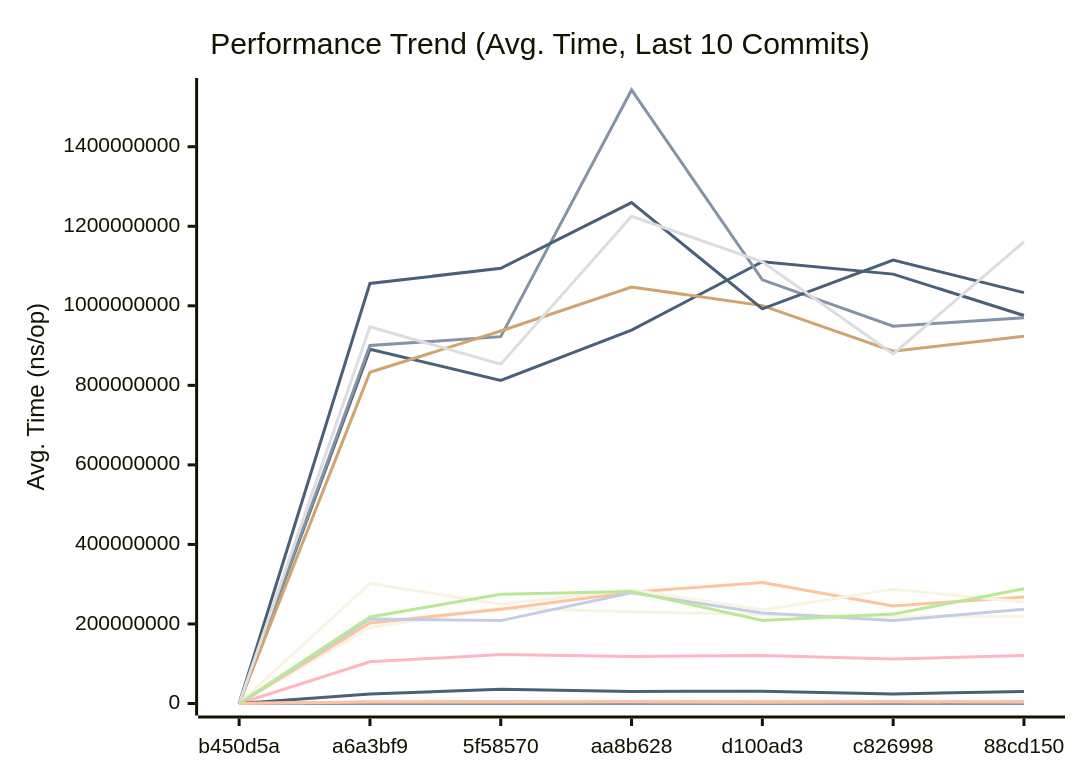
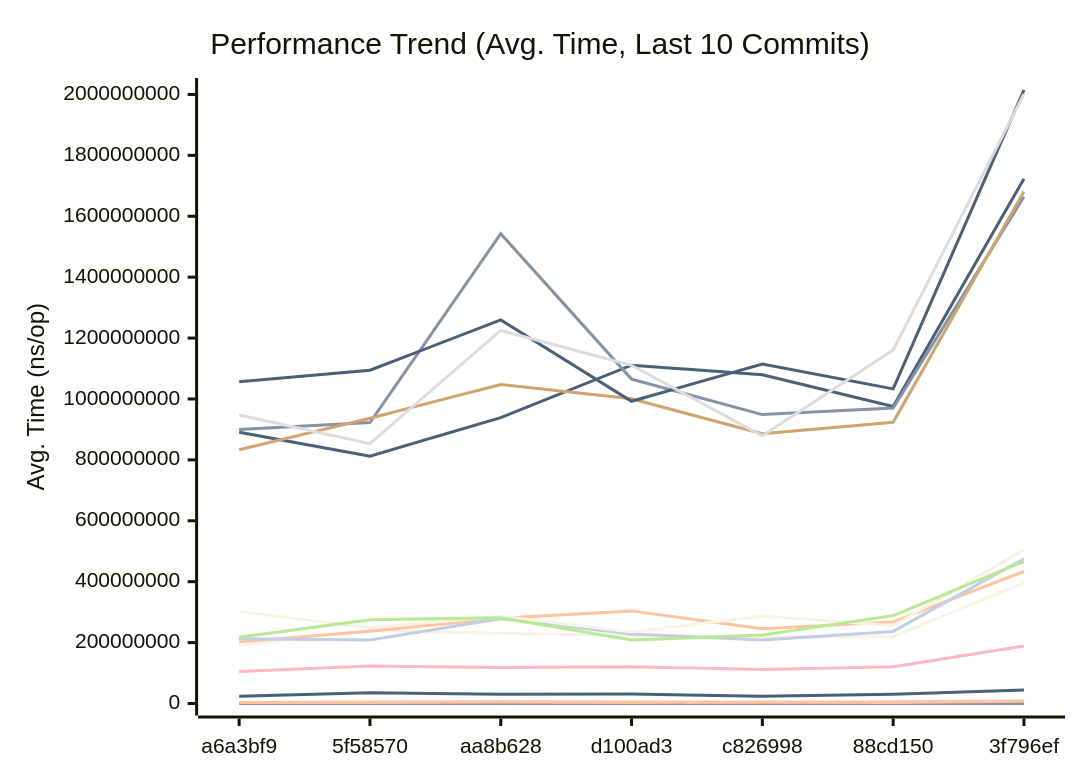
The first of 3 diagrams in docs/PERFORMANCE.md (alsotoes/momo), drawn with Mermaid before and after one commit. The commit also changed other lines of this file and 5 other files, not shown here.

````diff
--- a/docs/PERFORMANCE.md
+++ b/docs/PERFORMANCE.md
@@ -252,42 +251,42 @@
 ```mermaid
 xychart-beta
     title "Performance Trend (Avg. Time, Last 10 Commits)"
     x-axis "Commit"
     y-axis "Avg. Time (ns/op)"
-    x-axis [b450d5a,a6a3bf9,5f58570,aa8b628,d100ad3,c826998,88cd150]
-    line "AWSChunkedReaderSigned" [465911,433775,468904,508062,513734,453907,508785,905557,534318,636346]
-    line "AWSChunkedReaderUnsigned" [435995,410570,459580,513068,555370,434075,493616,894454,593403,613680]
-    line "CheckMetricsAndSwap" [8,8,8,10,10,10,9,15,11,13]
-    line "CrushOptimized" [313,296,324,395,388,377,359,624,439,383]
-    line "CrushOriginal" [438,389,424,500,510,457,482,891,591,678]
-    line "FormatListObjectsV2XML_AppendFormat" [0,585500,632895,781453,825885,607733,755798,1466071,913648,876655]
-    line "FormatListObjectsV2XML_OldFormat" [0,385936,392685,437988,457438,384420,452349,876006,527726,499237]
-    line "HashBytes/1MiB" [0,2943044,3455198,4083758,3234966,3413080,3456264,5810430,3924626,3806841]
-    line "HashBytes/256MiB" [0,890920045,812286372,938923522,1110812216,1079738977,975610814,1722861401,1334138916,1086104803]
-    line "HashBytes/64MiB" [0,191159849,239861268,230821474,223678991,219197938,219466744,396388379,282406448,294324496]
-    line "HashFile/1MiB" [0,3438255,3866812,3929226,4016890,4018511,4015638,6883319,4730225,4355866]
-    line "HashFile/256MiB" [0,900152012,922386758,1542681975,1065256239,948781835,970019312,1664168720,1110334520,1039461142]
-    line "HashFile/64MiB" [0,202378726,236988193,279832912,304125965,245379512,268034657,434196622,280320210,335648128]
-    line "IndexDirectTracking" [0,0,0,0,1,0,0,1,1,0]
-    line "IndexSearch" [2,3,3,3,3,2,2,4,2,2]
-    line "LoadGlobalConfig" [8987,8373,9135,11430,10521,10213,10358,20717,13477,12586]
-    line "LocalWrite/1MiB" [0,386344,535333,623012,523182,386063,1014308,861821,620083,533203]
-    line "LocalWrite/256MiB" [0,104739454,123322682,118227363,120742842,111644085,120805038,188719012,163107200,137014284]
-    line "LocalWrite/64MiB" [0,24065226,35686954,30222165,31091015,24172266,30061816,44391316,34009604,32925149]
-    line "PadString" [44,41,47,91,57,43,54,108,74,66]
+    x-axis [a6a3bf9,5f58570,aa8b628,d100ad3,c826998,88cd150,3f796ef]
+    line "AWSChunkedReaderSigned" [433775,468904,508062,513734,453907,508785,905557,534318,636346,690357]
+    line "AWSChunkedReaderUnsigned" [410570,459580,513068,555370,434075,493616,894454,593403,613680,684347]
+    line "CheckMetricsAndSwap" [8,8,10,10,10,9,15,11,13,14]
+    line "CrushOptimized" [296,324,395,388,377,359,624,439,383,433]
+    line "CrushOriginal" [389,424,500,510,457,482,891,591,678,598]
+    line "FormatListObjectsV2XML_AppendFormat" [585500,632895,781453,825885,607733,755798,1466071,913648,876655,1035620]
+    line "FormatListObjectsV2XML_OldFormat" [385936,392685,437988,457438,384420,452349,876006,527726,499237,554225]
+    line "HashBytes/1MiB" [2943044,3455198,4083758,3234966,3413080,3456264,5810430,3924626,3806841,4997033]
+    line "HashBytes/256MiB" [890920045,812286372,938923522,1110812216,1079738977,975610814,1722861401,1334138916,1086104803,1161959394]
+    line "HashBytes/64MiB" [191159849,239861268,230821474,223678991,219197938,219466744,396388379,282406448,294324496,253497415]
+    line "HashFile/1MiB" [3438255,3866812,3929226,4016890,4018511,4015638,6883319,4730225,4355866,5020414]
+    line "HashFile/256MiB" [900152012,922386758,1542681975,1065256239,948781835,970019312,1664168720,1110334520,1039461142,1402967574]
+    line "HashFile/64MiB" [202378726,236988193,279832912,304125965,245379512,268034657,434196622,280320210,335648128,350050718]
+    line "IndexDirectTracking" [0,0,0,1,0,0,1,1,0,1]
+    line "IndexSearch" [3,3,3,3,2,2,4,2,2,3]
+    line "LoadGlobalConfig" [8373,9135,11430,10521,10213,10358,20717,13477,12586,12915]
+    line "LocalWrite/1MiB" [386344,535333,623012,523182,386063,1014308,861821,620083,533203,606315]
+    line "LocalWrite/256MiB" [104739454,123322682,118227363,120742842,111644085,120805038,188719012,163107200,137014284,135157963]
+    line "LocalWrite/64MiB" [24065226,35686954,30222165,31091015,24172266,30061816,44391316,34009604,32925149,33266024]
+    line "PadString" [41,47,91,57,43,54,108,74,66,65]
     line "ParseReplicationOrder_NoPrealloc" [350,349,357,354,345,225,229,165,232,234]
     line "ParseReplicationOrder_Prealloc" [229,231,237,234,229,108,107,80,110,109]
-    line "Placement" [0,4402,4818,5406,5565,5457,4982,9769,7169,6982]
-    line "PlacementDomainSpread" [0,4713,5072,5712,5726,5715,5363,10254,7367,6165]
-    line "ReadVerify/1MiB" [0,3322226,4158622,4423216,3880705,3695998,3063023,6669899,5893653,4349552]
-    line "ReadVerify/256MiB" [0,833047448,936726754,1047336519,1000480549,885690851,923410779,1681161525,1292102083,1527966144]
-    line "ReadVerify/64MiB" [0,212456699,208430448,278276063,227817182,208677144,236746582,475503443,368423405,360046306]
-    line "S3PutSpool/1MiB" [0,3659136,3725511,4622411,4130137,3968364,5120338,8098804,5792248,4040951]
-    line "S3PutSpool/256MiB" [0,1056311038,1094320670,1259669614,992342042,1114984906,1033132692,2014620633,1552306291,1093403586]
-    line "S3PutSpool/64MiB" [0,302092155,249542876,286259711,234949006,287125834,255515959,504549456,376146327,294844128]
-    line "SanitizeLog/Safe" [275,222,246,264,286,222,310,494,332,277]
-    line "SanitizeLog/Unsafe" [710,674,741,900,848,591,715,1256,854,1098]
-    line "TrustedRead/1MiB" [0,3530931,3629261,4639890,3222989,4353885,3601064,7771585,4314592,6674262]
-    line "TrustedRead/256MiB" [0,947127786,853259220,1225064259,1110598924,879089092,1160948664,2001362379,1265914846,1581862210]
-    line "TrustedRead/64MiB" [0,217573714,274674598,281874202,208613545,224760418,288480214,466675929,361331755,408809763]
+    line "Placement" [4402,4818,5406,5565,5457,4982,9769,7169,6982,6435]
+    line "PlacementDomainSpread" [4713,5072,5712,5726,5715,5363,10254,7367,6165,7125]
+    line "ReadVerify/1MiB" [3322226,4158622,4423216,3880705,3695998,3063023,6669899,5893653,4349552,4844958]
+    line "ReadVerify/256MiB" [833047448,936726754,1047336519,1000480549,885690851,923410779,1681161525,1292102083,1527966144,1208865206]
+    line "ReadVerify/64MiB" [212456699,208430448,278276063,227817182,208677144,236746582,475503443,368423405,360046306,301883250]
+    line "S3PutSpool/1MiB" [3659136,3725511,4622411,4130137,3968364,5120338,8098804,5792248,4040951,5594802]
+    line "S3PutSpool/256MiB" [1056311038,1094320670,1259669614,992342042,1114984906,1033132692,2014620633,1552306291,1093403586,1746985899]
+    line "S3PutSpool/64MiB" [302092155,249542876,286259711,234949006,287125834,255515959,504549456,376146327,294844128,391765533]
+    line "SanitizeLog/Safe" [222,246,264,286,222,310,494,332,277,365]
+    line "SanitizeLog/Unsafe" [674,741,900,848,591,715,1256,854,1098,1183]
+    line "TrustedRead/1MiB" [3530931,3629261,4639890,3222989,4353885,3601064,7771585,4314592,6674262,5737318]
+    line "TrustedRead/256MiB" [947127786,853259220,1225064259,1110598924,879089092,1160948664,2001362379,1265914846,1581862210,1346158360]
+    line "TrustedRead/64MiB" [217573714,274674598,281874202,208613545,224760418,288480214,466675929,361331755,408809763,349215436]
 ```
````
